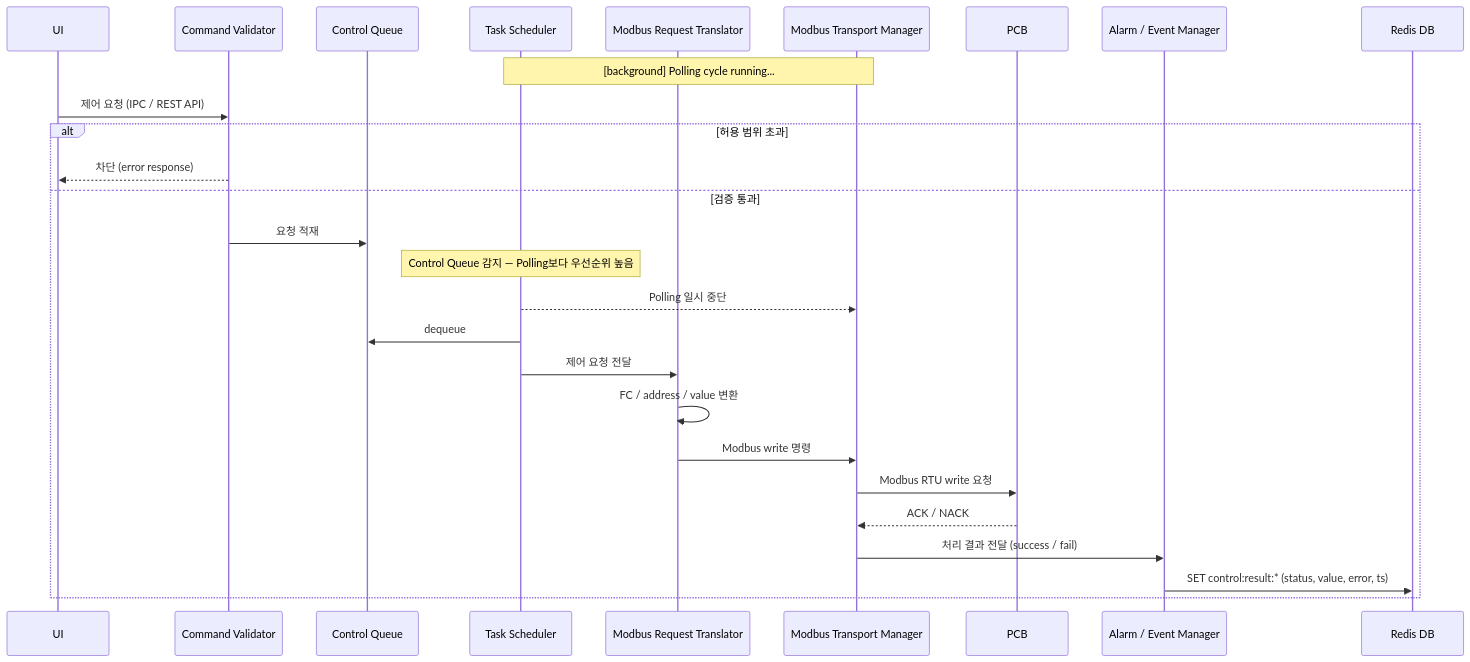
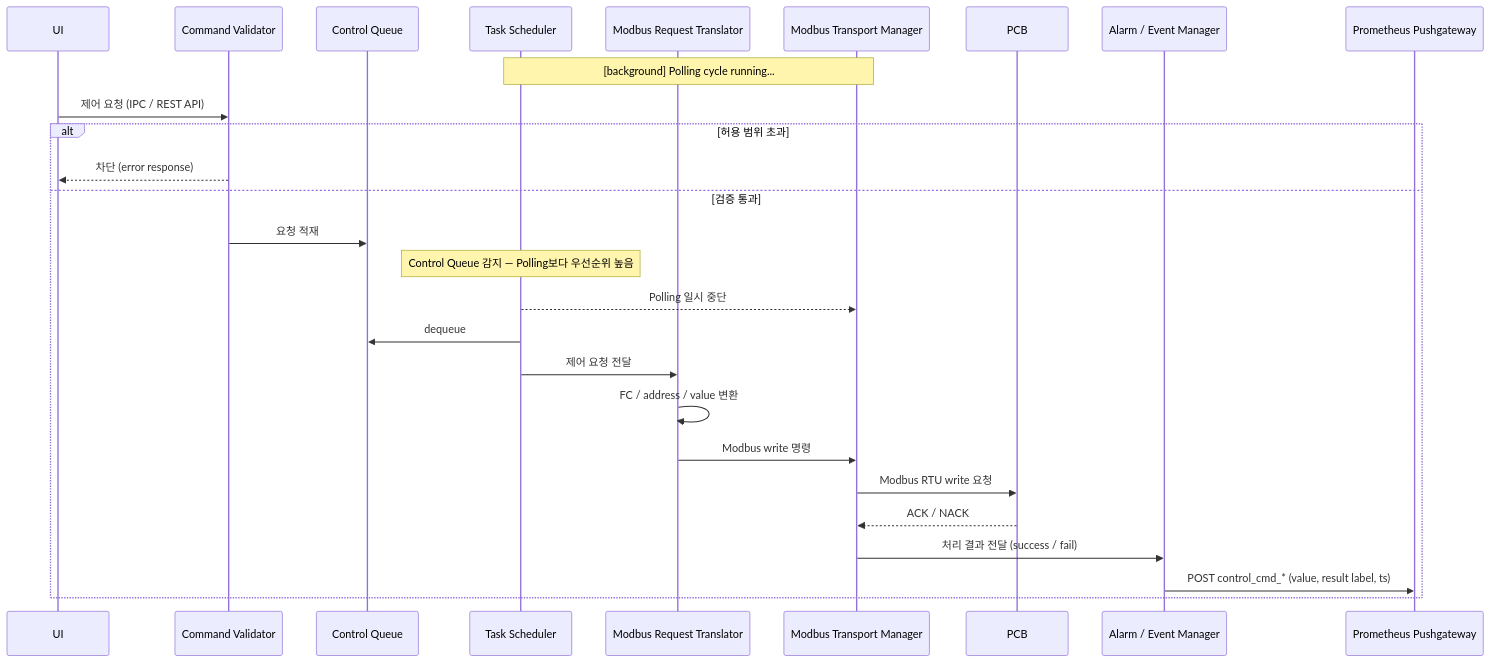
Before and after one commit to DEEPGadget/L2A_CDU_system: the second of 3 diagrams in docs/PCG.md, drawn with Mermaid. The commit also changed other lines of this file and 8 other files, not shown here.

Commit message:
제어 기록 확인용 prometheus pushgateway 추가

````diff
--- a/docs/PCG.md
+++ b/docs/PCG.md
@@ -145,31 +146,31 @@
 ```mermaid
 sequenceDiagram
     participant UI as UI
     participant CV as Command Validator
     participant CQ as Control Queue
     participant TS as Task Scheduler
     participant MRT as Modbus Request Translator
     participant MTM as Modbus Transport Manager
     participant PCB as PCB
     participant AEM as Alarm / Event Manager
-    participant Redis as Redis DB
+    participant PGW as Prometheus Pushgateway
 
     Note over TS,MTM: [background] Polling cycle running...
 
     UI->>CV: 제어 요청 (IPC / REST API)
     alt 허용 범위 초과
         CV-->>UI: 차단 (error response)
     else 검증 통과
         CV->>CQ: 요청 적재
         Note over TS: Control Queue 감지 — Polling보다 우선순위 높음
         TS-->>MTM: Polling 일시 중단
         TS->>CQ: dequeue
         TS->>MRT: 제어 요청 전달
         MRT->>MRT: FC / address / value 변환
         MRT->>MTM: Modbus write 명령
         MTM->>PCB: Modbus RTU write 요청
         PCB-->>MTM: ACK / NACK
         MTM->>AEM: 처리 결과 전달 (success / fail)
-        AEM->>Redis: SET control:result:* (status, value, error, ts)
+        AEM->>PGW: POST control_cmd_* (value, result label, ts)
     end
 ```
````
